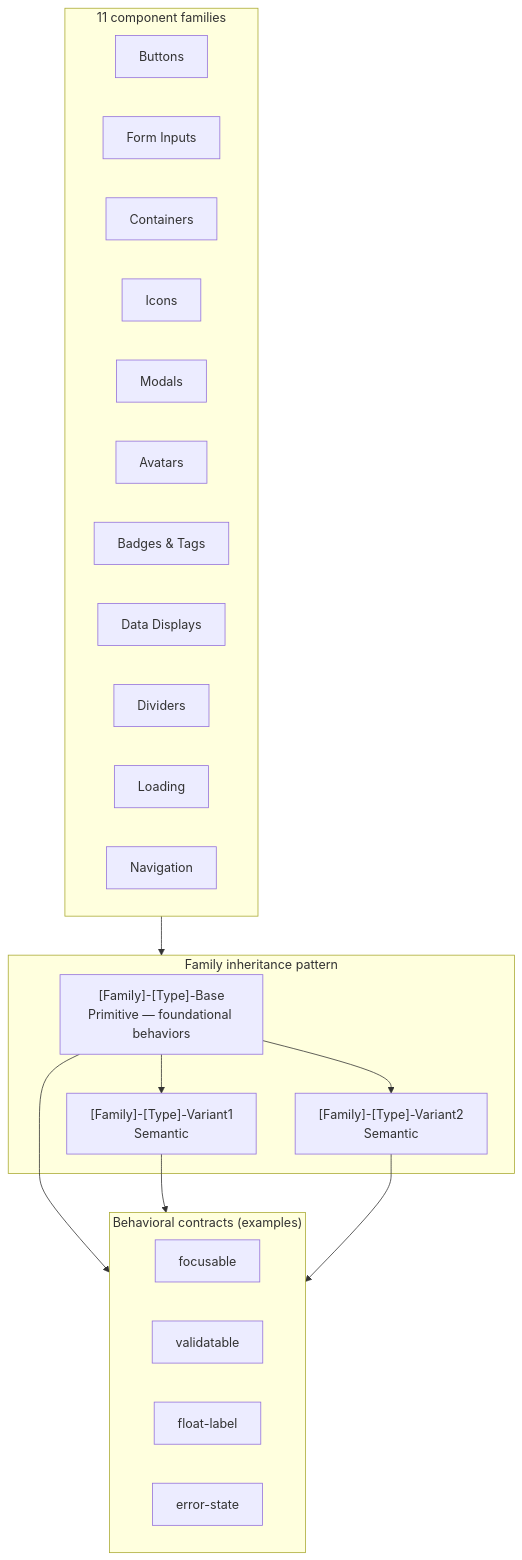
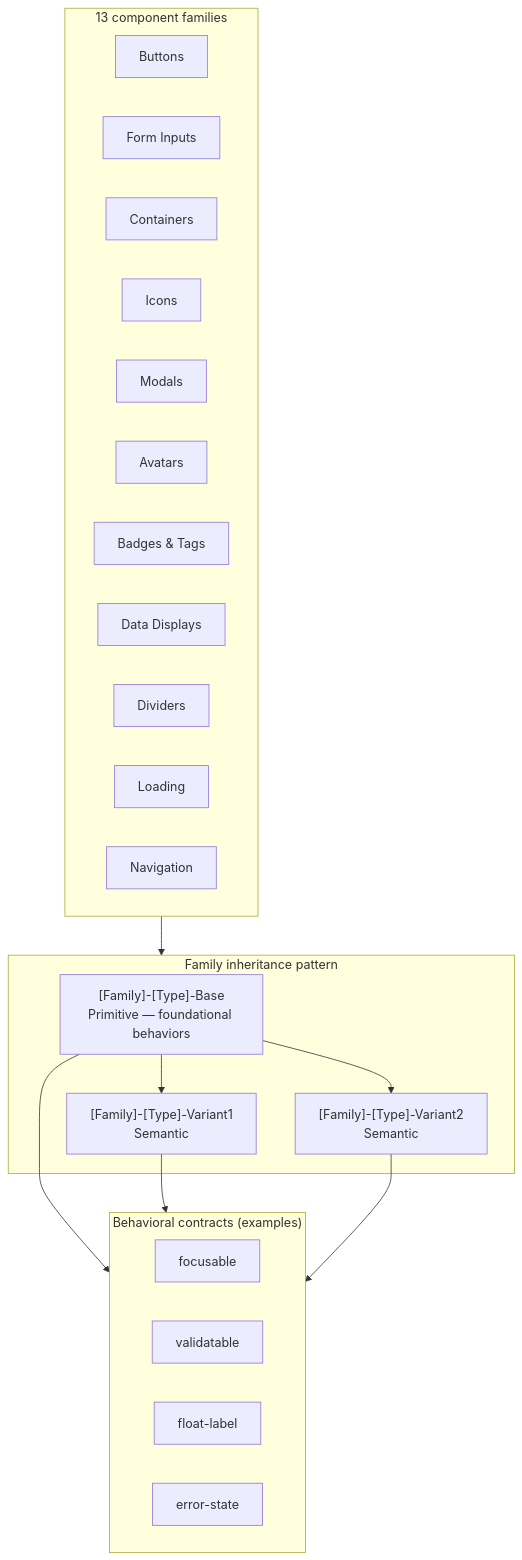
The third of 5 diagrams in .kiro/steering/Rosetta-Stemma-Systems-Overview.md (3fn/DesignerPunkv2), drawn with Mermaid before and after one commit. The commit also changed other lines of this file and 20 other files, not shown here.

````diff
--- a/.kiro/steering/Rosetta-Stemma-Systems-Overview.md
+++ b/.kiro/steering/Rosetta-Stemma-Systems-Overview.md
@@ -98,36 +98,36 @@
 ```mermaid
 flowchart TB
-    subgraph Families["11 component families"]
+    subgraph Families["13 component families"]
         F1["Buttons"]
         F2["Form Inputs"]
         F3["Containers"]
         F4["Icons"]
         F5["Modals"]
         F6["Avatars"]
         F7["Badges & Tags"]
         F8["Data Displays"]
         F9["Dividers"]
         F10["Loading"]
         F11["Navigation"]
     end
 
     subgraph Inheritance["Family inheritance pattern"]
         Base["[Family]-[Type]-Base<br/>Primitive — foundational behaviors"]
         Sem1["[Family]-[Type]-Variant1<br/>Semantic"]
         Sem2["[Family]-[Type]-Variant2<br/>Semantic"]
         Base --> Sem1
         Base --> Sem2
     end
 
     subgraph Contracts["Behavioral contracts (examples)"]
         C1["focusable"]
         C2["validatable"]
         C3["float-label"]
         C4["error-state"]
     end
 
     Families --> Inheritance
     Base --> Contracts
     Sem1 --> Contracts
     Sem2 --> Contracts
 ```
````
